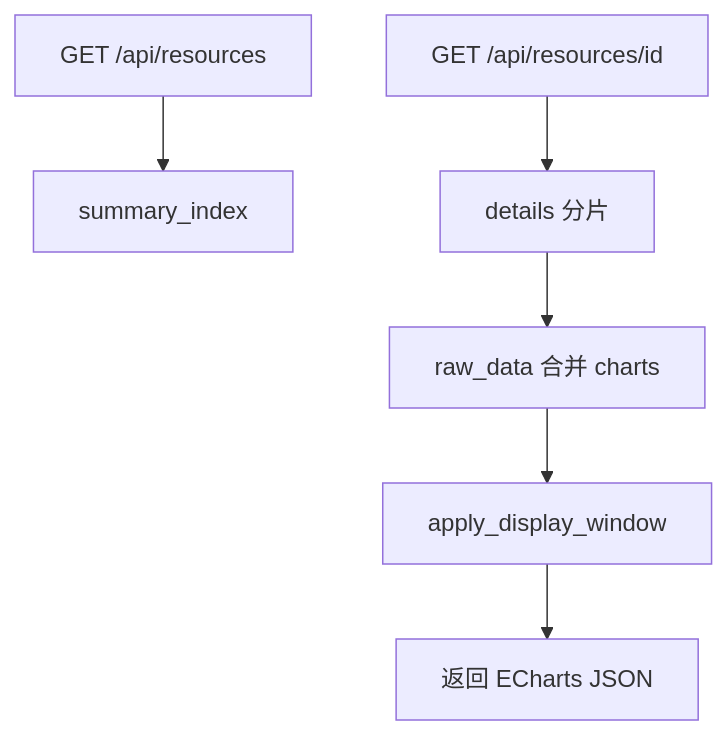
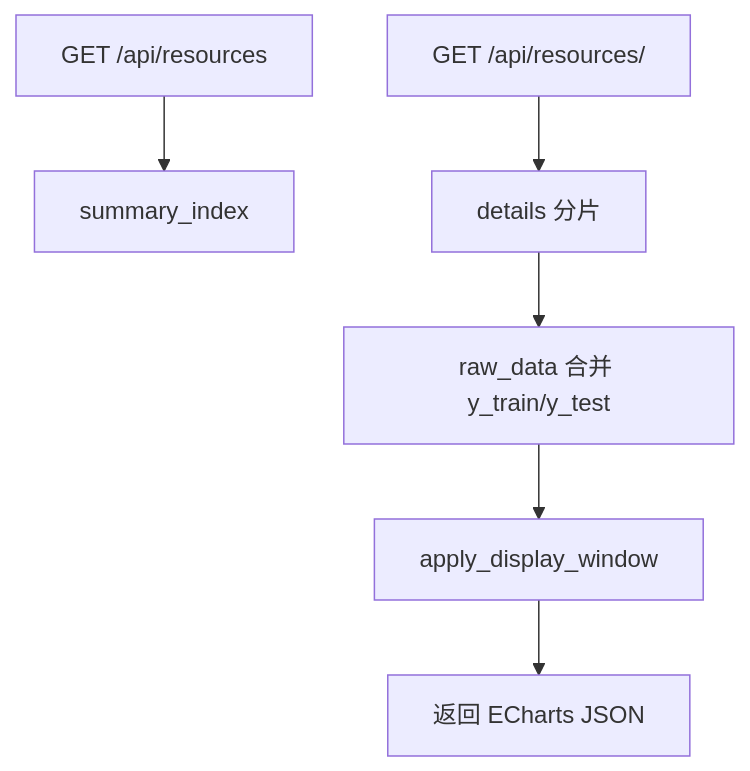
One commit to zorocui/resource_predict changed the fourth of 7 diagrams in README.md. Above: the diagram before and after it, drawn with Mermaid. The commit also changed other lines of this file and 29 other files, not shown here.

````diff
--- a/README.md
+++ b/README.md
@@ -213,8 +260,8 @@
 ```mermaid
 flowchart TD
-    A[GET /api/resources] --> B[summary_index]
-    C[GET /api/resources/id] --> D[details 分片]
-    D --> F[raw_data 合并 charts]
-    F --> G[apply_display_window]
-    G --> H[返回 ECharts JSON]
+    A["GET /api/resources"] --> B["summary_index"]
+    C["GET /api/resources/<id>"] --> D["details 分片"]
+    D --> E["raw_data 合并 y_train/y_test"]
+    E --> F["apply_display_window"]
+    F --> G["返回 ECharts JSON"]
 ```
````
